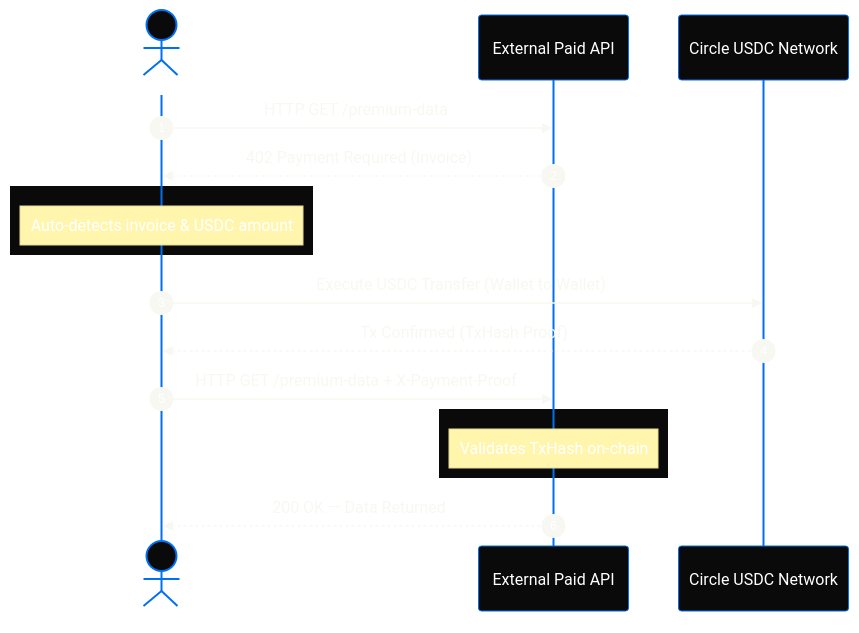
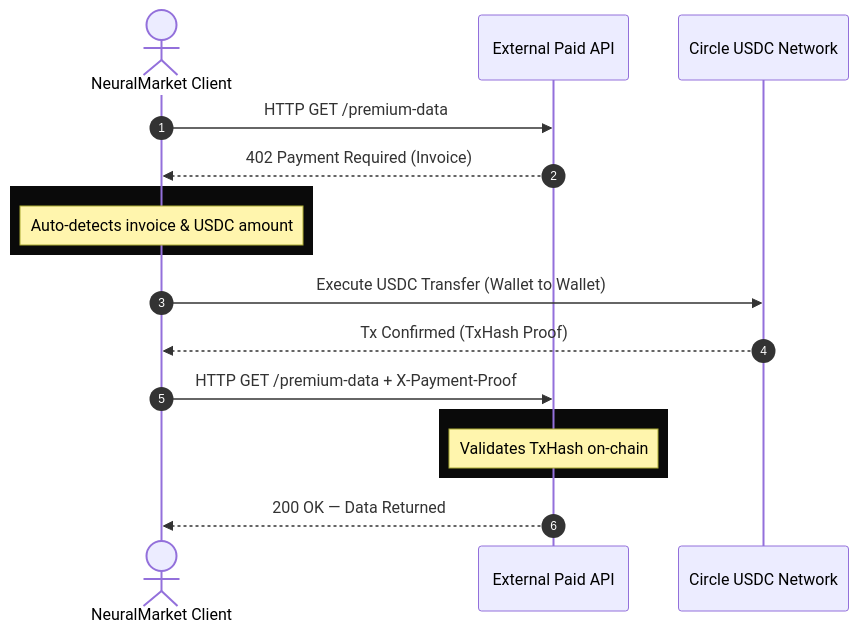
The second of 2 diagrams in README.md (shashankrpatil077-ctrl/NeuralMarket), drawn with Mermaid before and after one commit. The commit also changed other lines of this file, not shown here.

Commit message:
fix: Remove invalid mermaid init blocks breaking GitHub rendering

````diff
--- a/README.md
+++ b/README.md
@@ -98,43 +87,25 @@
 ```mermaid
-%%{init: {
-  'theme': 'base',
-  'themeVariables': {
-    'primaryColor': '#000000',
-    'primaryTextColor': '#F8F8F2',
-    'primaryBorderColor': '#333333',
-    'lineColor': '#444444',
-    'secondaryColor': '#0A0A0A',
-    'tertiaryColor': '#111111',
-    'actorBkg': '#0A0A0A',
-    'actorBorder': '#0070F3',
-    'actorTextColor': '#FFFFFF',
-    'noteBkg': '#0A0A0A',
-    'noteBorder': '#7928CA',
-    'noteTextColor': '#FFFFFF',
-    'sequenceNumberColor': '#FFFFFF'
-  }
-}}%%
 sequenceDiagram
     autonumber
     actor Client as NeuralMarket Client
     participant API as External Paid API
     participant Circle as Circle USDC Network
 
     Client->>API: HTTP GET /premium-data
     API-->>Client: 402 Payment Required (Invoice)
     
     rect rgb(10, 10, 10)
     Note over Client: Auto-detects invoice & USDC amount
     end
     
     Client->>Circle: Execute USDC Transfer (Wallet to Wallet)
     Circle-->>Client: Tx Confirmed (TxHash Proof)
     
     Client->>API: HTTP GET /premium-data + X-Payment-Proof
     
     rect rgb(10, 10, 10)
     Note over API: Validates TxHash on-chain
     end
     
     API-->>Client: 200 OK — Data Returned
 ```
````
